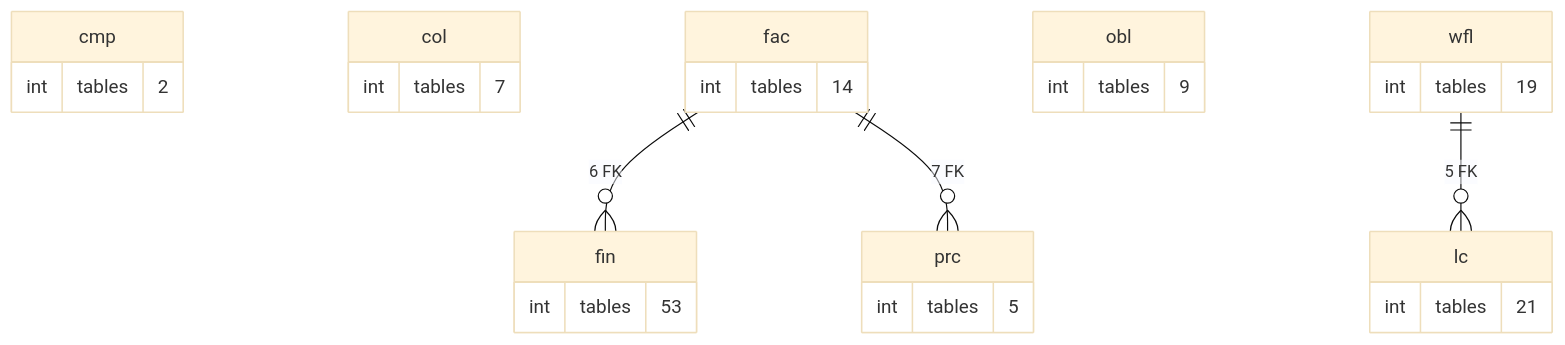
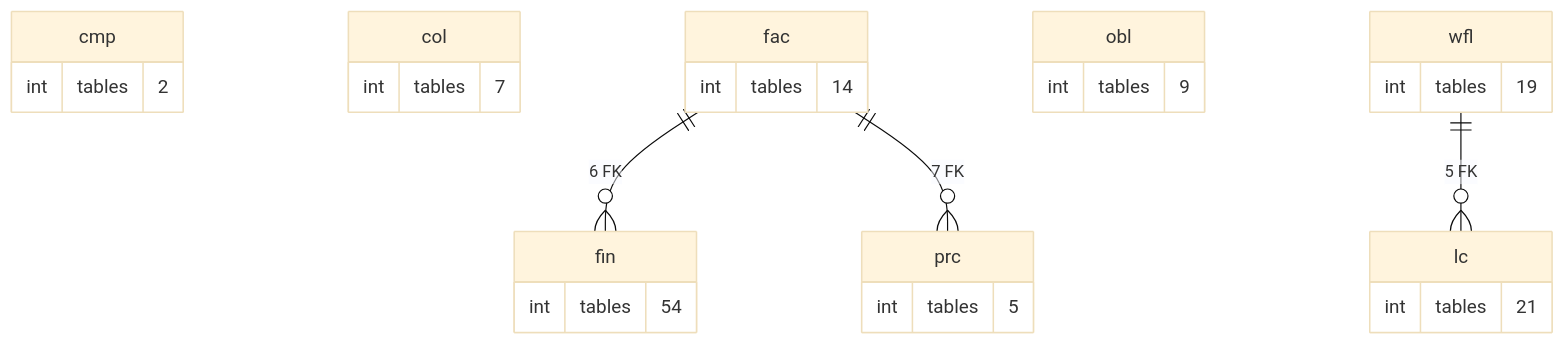
The diagram in treasury-platform/docs/diagrams/erd/schema_map_2.mmd (thawrasy/smartlines), drawn with Mermaid (base theme) before and after one commit. The commit also changed 183 other files, not shown here.

```diff
--- a/treasury-platform/docs/diagrams/erd/schema_map_2.mmd
+++ b/treasury-platform/docs/diagrams/erd/schema_map_2.mmd
@@ -1,29 +1,29 @@
 %% التسهيلات والعمليات: التسعير والضمانات والالتزامات والبيانات المالية والطلبات والاعتمادات: العلاقة = عدد المفاتيح الأجنبية بين المخططين (≥ 5)
 erDiagram
   cmp {
     int tables "2"
   }
   col {
     int tables "7"
   }
   fac {
     int tables "14"
   }
   fin {
-    int tables "53"
+    int tables "54"
   }
   lc {
     int tables "21"
   }
   obl {
     int tables "9"
   }
   prc {
     int tables "5"
   }
   wfl {
     int tables "19"
   }
   fac ||--o{ fin : "6 FK"
   fac ||--o{ prc : "7 FK"
   wfl ||--o{ lc : "5 FK"
```
